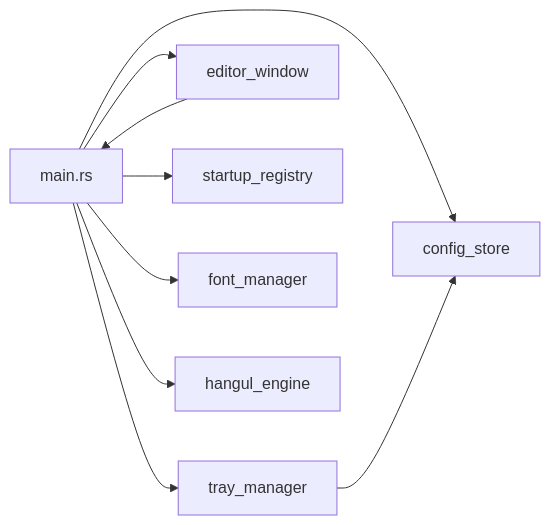
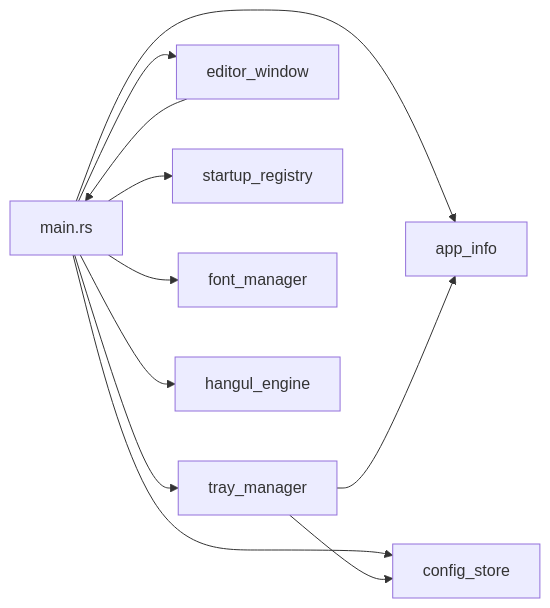
The first of 3 diagrams in doc/app-detailed-design.md (noelfania/key2gksrmf), drawn with Mermaid before and after one commit. The commit also changed other lines of this file and 14 other files, not shown here.

````diff
--- a/doc/app-detailed-design.md
+++ b/doc/app-detailed-design.md
@@ -80,11 +82,13 @@
 ```mermaid
 flowchart LR
-    main[main.rs] --> trayManager[tray_manager]
+    main[main.rs] --> appInfo[app_info]
+    main --> trayManager[tray_manager]
     main --> editorWindow[editor_window]
     main --> configStore[config_store]
     main --> startupRegistry[startup_registry]
     main --> fontManager[font_manager]
     main --> hangulEngine[hangul_engine]
     trayManager --> configStore
+    trayManager --> appInfo
     editorWindow --> main
 ```
````
